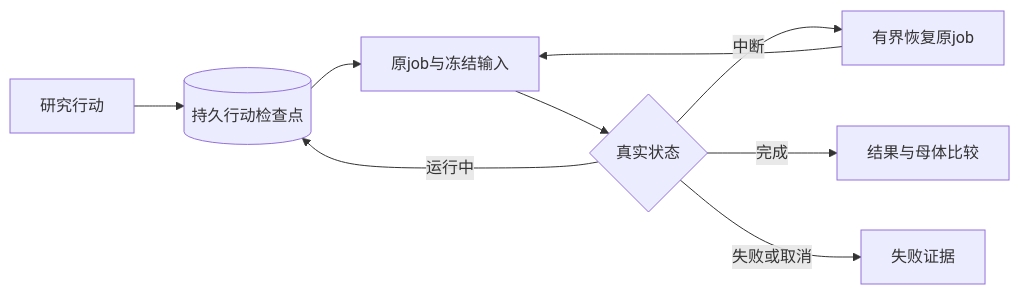
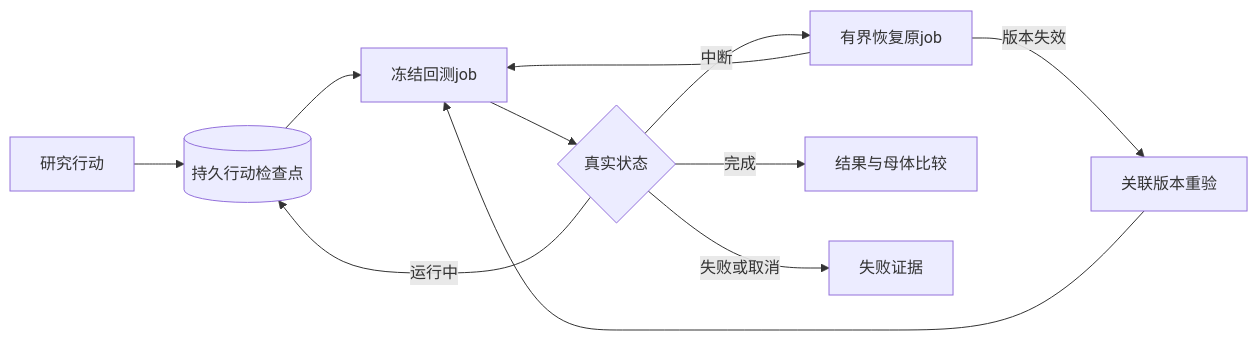
The first of 2 diagrams in README.md (Shadowell/HyperTrade), drawn with Mermaid before and after one commit. The commit also changed other lines of this file and 13 other files, not shown here.

````diff
--- a/README.md
+++ b/README.md
@@ -5,11 +7,13 @@
 ```mermaid
 flowchart LR
     A[研究行动] --> J[(持久行动检查点)]
-    J --> B[原job与冻结输入]
+    J --> B[冻结回测job]
     B --> S{真实状态}
     S -->|运行中| J
     S -->|中断| R[有界恢复原job]
     R --> B
+    R -->|版本失效| V[关联版本重验]
+    V --> B
     S -->|完成| Q[结果与母体比较]
     S -->|失败或取消| F[失败证据]
 ```
````
